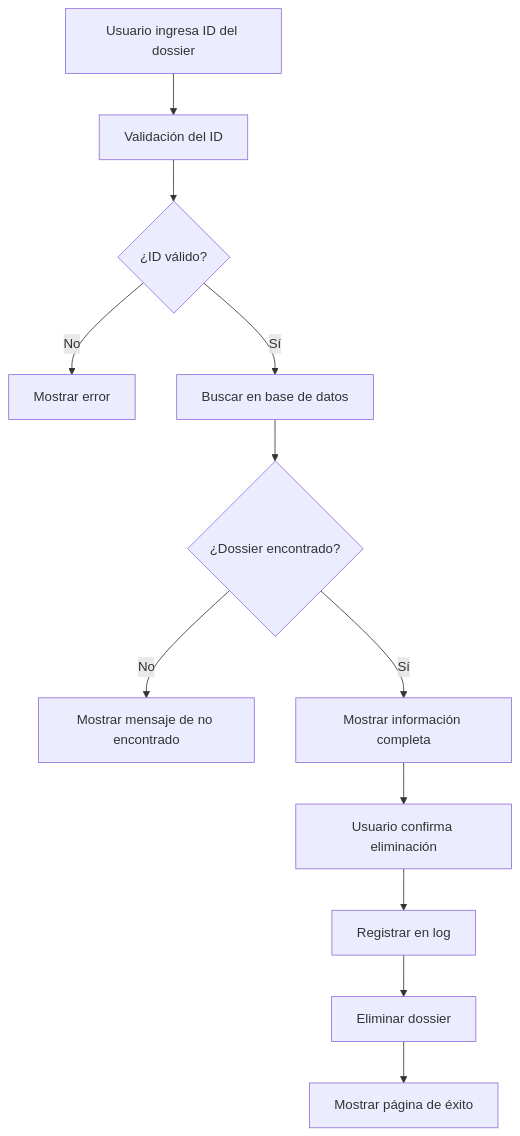
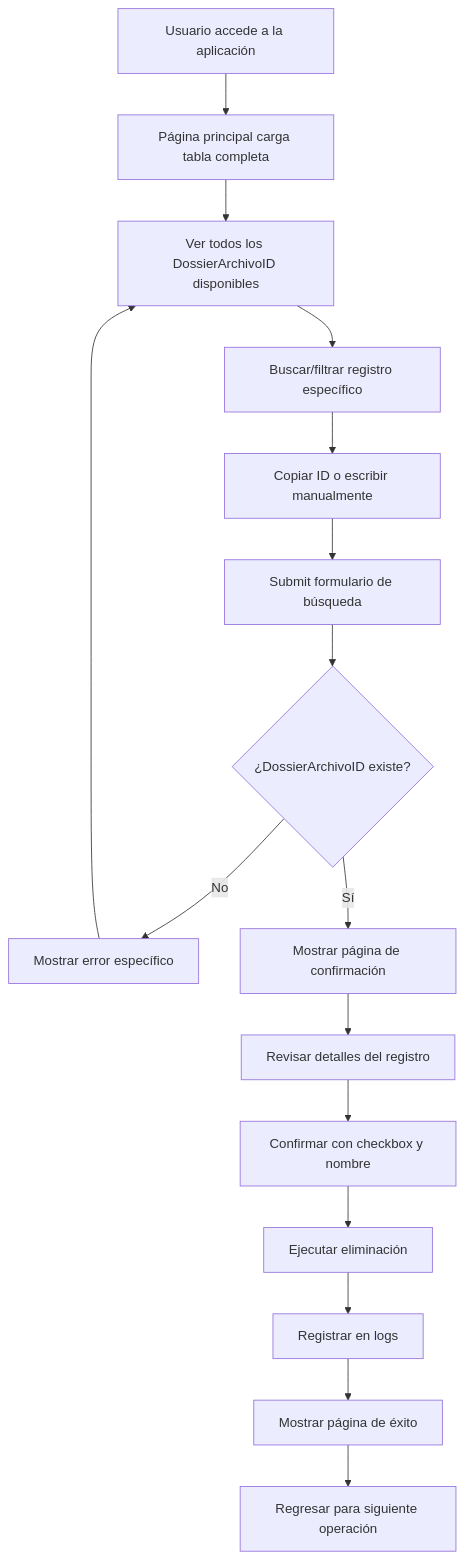
The diagram in README.md (KevGomez10/dossier-manager), drawn with Mermaid before and after one commit. The commit also changed other lines of this file, not shown here.

````diff
--- a/README.md
+++ b/README.md
@@ -155,14 +206,18 @@
 ```mermaid
 graph TD
-    A[Usuario ingresa ID del dossier] --> B[Validación del ID]
-    B --> C{¿ID válido?}
-    C -->|No| D[Mostrar error]
-    C -->|Sí| E[Buscar en base de datos]
-    E --> F{¿Dossier encontrado?}
-    F -->|No| G[Mostrar mensaje de no encontrado]
-    F -->|Sí| H[Mostrar información completa]
-    H --> I[Usuario confirma eliminación]
-    I --> J[Registrar en log]
-    J --> K[Eliminar dossier]
-    K --> L[Mostrar página de éxito]
+    A[Usuario accede a la aplicación] --> B[Página principal carga tabla completa]
+    B --> C[Ver todos los DossierArchivoID disponibles]
+    C --> D[Buscar/filtrar registro específico]
+    D --> E[Copiar ID o escribir manualmente]
+    E --> F[Submit formulario de búsqueda]
+    F --> G{¿DossierArchivoID existe?}
+    G -->|No| H[Mostrar error específico]
+    G -->|Sí| I[Mostrar página de confirmación]
+    I --> J[Revisar detalles del registro]
+    J --> K[Confirmar con checkbox y nombre]
+    K --> L[Ejecutar eliminación]
+    L --> M[Registrar en logs]
+    M --> N[Mostrar página de éxito]
+    N --> O[Regresar para siguiente operación]
+    H --> C
 ```
````
